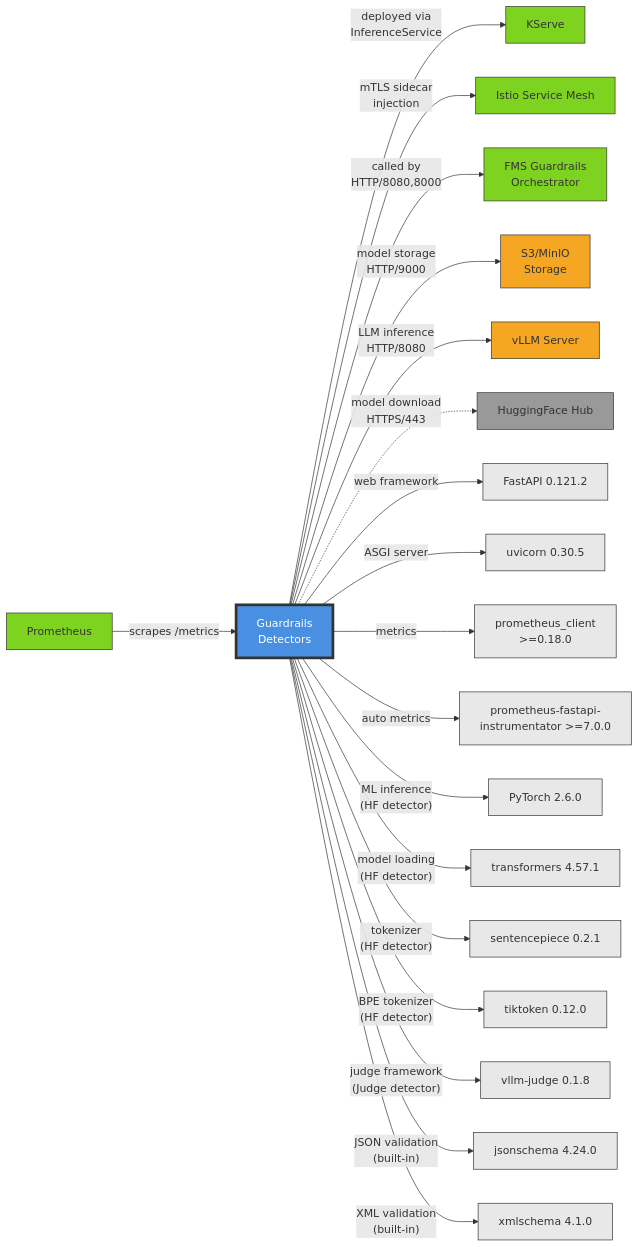
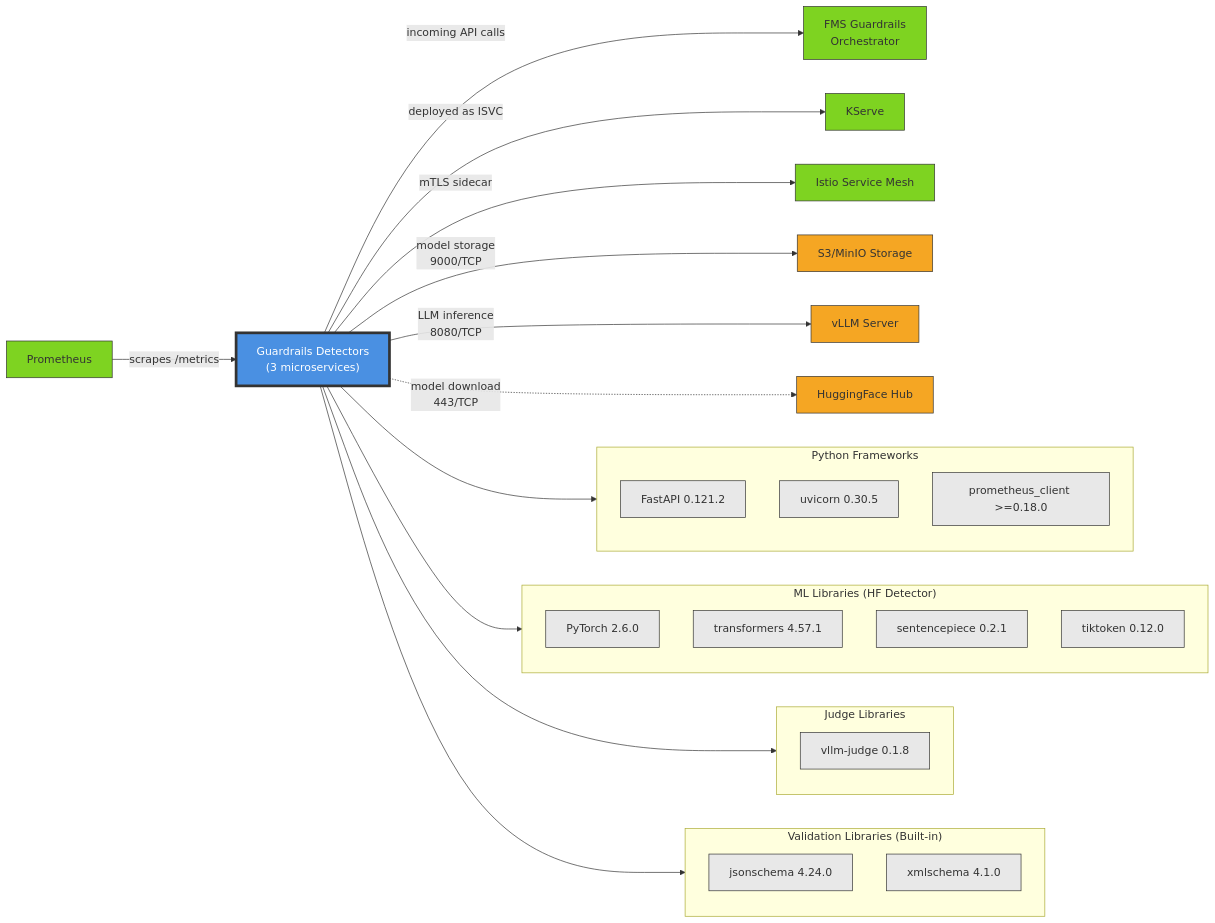
One commit to rhuss/architecture-context changed the diagram in architecture/rhoai.next/diagrams/guardrails-detectors-dependencies.mmd. Above: the diagram before and after it, drawn with Mermaid. The commit also changed 1112 other files, not shown here.

First line of the commit message:
update rhoai.next architecture: regenerated docs, diagrams, and arch-analyzer JSON

```diff
--- a/architecture/rhoai.next/diagrams/guardrails-detectors-dependencies.mmd
+++ b/architecture/rhoai.next/diagrams/guardrails-detectors-dependencies.mmd
@@ -1,54 +1,63 @@
 graph LR
-    GD["Guardrails<br/>Detectors"]
+    GD["Guardrails Detectors<br/>(3 microservices)"]
 
     %% Internal Platform Dependencies
-    GD -->|"deployed via<br/>InferenceService"| KServe["KServe"]
-    GD -->|"mTLS sidecar<br/>injection"| Istio["Istio Service Mesh"]
-    GD -->|"called by<br/>HTTP/8080,8000"| Orchestrator["FMS Guardrails<br/>Orchestrator"]
+    GD -->|incoming API calls| Orchestrator["FMS Guardrails<br/>Orchestrator"]
+    GD -->|deployed as ISVC| KServe["KServe"]
+    GD -->|mTLS sidecar| Istio["Istio Service Mesh"]
 
     %% External Service Dependencies
-    GD -->|"model storage<br/>HTTP/9000"| S3["S3/MinIO<br/>Storage"]
-    GD -->|"LLM inference<br/>HTTP/8080"| VLLM["vLLM Server"]
-    GD -.->|"model download<br/>HTTPS/443"| HFHub["HuggingFace Hub"]
+    GD -->|model storage<br/>9000/TCP| S3["S3/MinIO Storage"]
+    GD -->|LLM inference<br/>8080/TCP| vLLM["vLLM Server"]
+    GD -.->|model download<br/>443/TCP| HFHub["HuggingFace Hub"]
+
+    %% Monitoring Integration
+    Prometheus["Prometheus"] -->|scrapes /metrics| GD
 
     %% Python Framework Dependencies
-    GD -->|"web framework"| FastAPI["FastAPI 0.121.2"]
-    GD -->|"ASGI server"| Uvicorn["uvicorn 0.30.5"]
-    GD -->|"metrics"| PromClient["prometheus_client<br/>>=0.18.0"]
-    GD -->|"auto metrics"| PromFastAPI["prometheus-fastapi-<br/>instrumentator >=7.0.0"]
+    subgraph Frameworks["Python Frameworks"]
+        FastAPI["FastAPI 0.121.2"]
+        Uvicorn["uvicorn 0.30.5"]
+        PromClient["prometheus_client >=0.18.0"]
+    end
 
-    %% ML Dependencies (HuggingFace Detector)
-    GD -->|"ML inference<br/>(HF detector)"| PyTorch["PyTorch 2.6.0"]
-    GD -->|"model loading<br/>(HF detector)"| Transformers["transformers 4.57.1"]
-    GD -->|"tokenizer<br/>(HF detector)"| SentencePiece["sentencepiece 0.2.1"]
-    GD -->|"BPE tokenizer<br/>(HF detector)"| Tiktoken["tiktoken 0.12.0"]
+    subgraph MLLibs["ML Libraries (HF Detector)"]
+        PyTorch["PyTorch 2.6.0"]
+        Transformers["transformers 4.57.1"]
+        SentencePiece["sentencepiece 0.2.1"]
+        Tiktoken["tiktoken 0.12.0"]
+    end
 
-    %% LLM Judge Dependencies
-    GD -->|"judge framework<br/>(Judge detector)"| VllmJudge["vllm-judge 0.1.8"]
+    subgraph JudgeLibs["Judge Libraries"]
+        VllmJudge["vllm-judge 0.1.8"]
+    end
 
-    %% Built-in Dependencies
-    GD -->|"JSON validation<br/>(built-in)"| JSONSchema["jsonschema 4.24.0"]
-    GD -->|"XML validation<br/>(built-in)"| XMLSchema["xmlschema 4.1.0"]
+    subgraph ValidationLibs["Validation Libraries (Built-in)"]
+        JsonSchema["jsonschema 4.24.0"]
+        XmlSchema["xmlschema 4.1.0"]
+    end
 
-    %% Monitoring Integration
-    Prometheus["Prometheus"] -->|"scrapes /metrics"| GD
+    GD --> Frameworks
+    GD --> MLLibs
+    GD --> JudgeLibs
+    GD --> ValidationLibs
 
+    %% Styling
     style GD fill:#4a90e2,stroke:#333,stroke-width:4px,color:#fff
+    style Orchestrator fill:#7ed321,stroke:#333
     style KServe fill:#7ed321,stroke:#333
     style Istio fill:#7ed321,stroke:#333
-    style Orchestrator fill:#7ed321,stroke:#333
+    style Prometheus fill:#7ed321,stroke:#333
     style S3 fill:#f5a623,stroke:#333
-    style VLLM fill:#f5a623,stroke:#333
-    style HFHub fill:#999,stroke:#333
-    style Prometheus fill:#7ed321,stroke:#333
+    style vLLM fill:#f5a623,stroke:#333
+    style HFHub fill:#f5a623,stroke:#333
     style FastAPI fill:#e8e8e8,stroke:#333
     style Uvicorn fill:#e8e8e8,stroke:#333
     style PromClient fill:#e8e8e8,stroke:#333
-    style PromFastAPI fill:#e8e8e8,stroke:#333
     style PyTorch fill:#e8e8e8,stroke:#333
     style Transformers fill:#e8e8e8,stroke:#333
     style SentencePiece fill:#e8e8e8,stroke:#333
     style Tiktoken fill:#e8e8e8,stroke:#333
     style VllmJudge fill:#e8e8e8,stroke:#333
-    style JSONSchema fill:#e8e8e8,stroke:#333
-    style XMLSchema fill:#e8e8e8,stroke:#333
+    style JsonSchema fill:#e8e8e8,stroke:#333
+    style XmlSchema fill:#e8e8e8,stroke:#333
```
